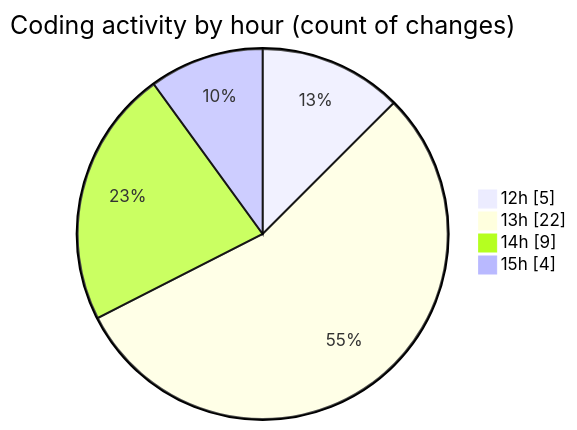
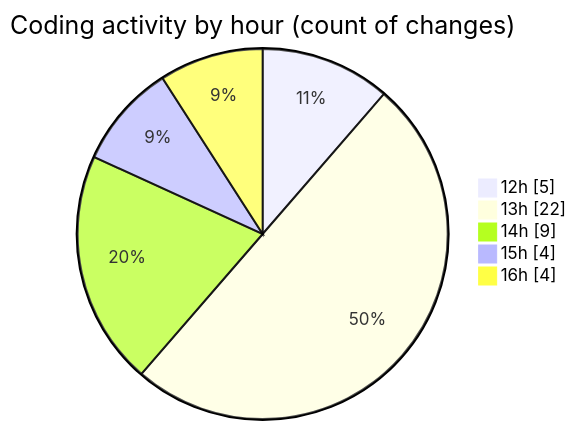
The second of 2 diagrams in 2025-04-19/myws__workspace_/README.md (MatusMokan/code-tracking), drawn with Mermaid before and after one commit. The commit also changed other lines of this file and 1 other file, not shown here.

````diff
--- a/2025-04-19/myws__workspace_/README.md
+++ b/2025-04-19/myws__workspace_/README.md
@@ -31,8 +31,9 @@
 ```mermaid
 pie showData
 title Coding activity by hour (count of changes)
 "12h" : 5
 "13h" : 22
 "14h" : 9
 "15h" : 4
+"16h" : 4
 ```
````
